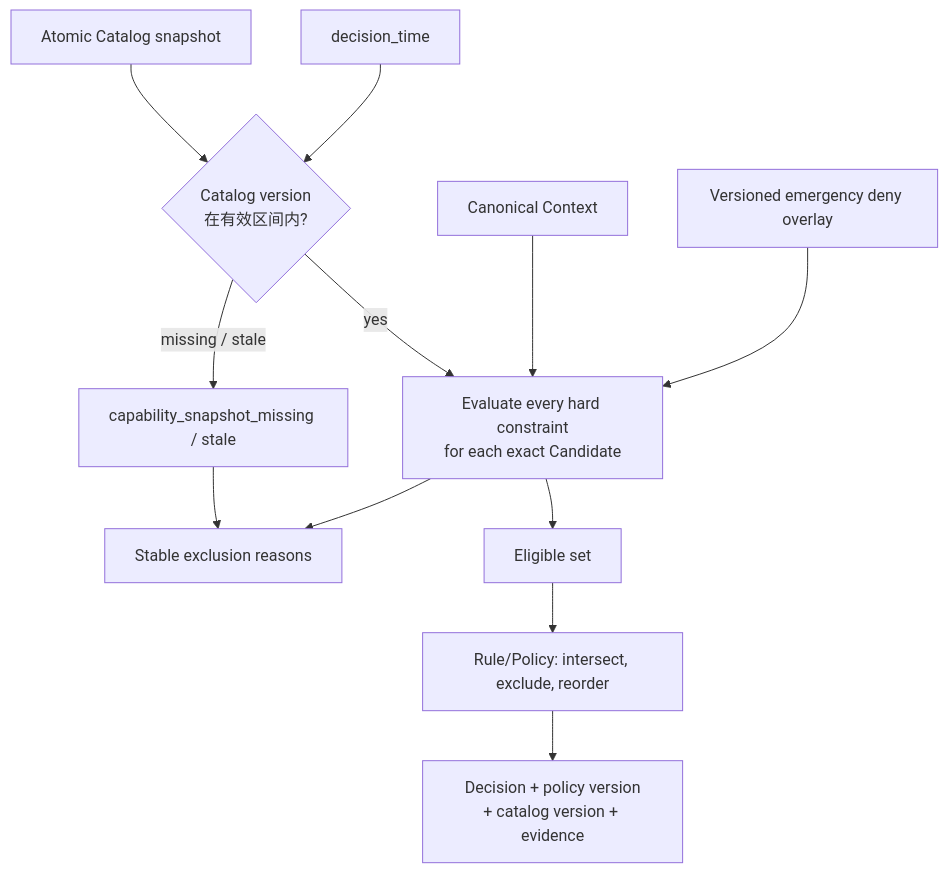
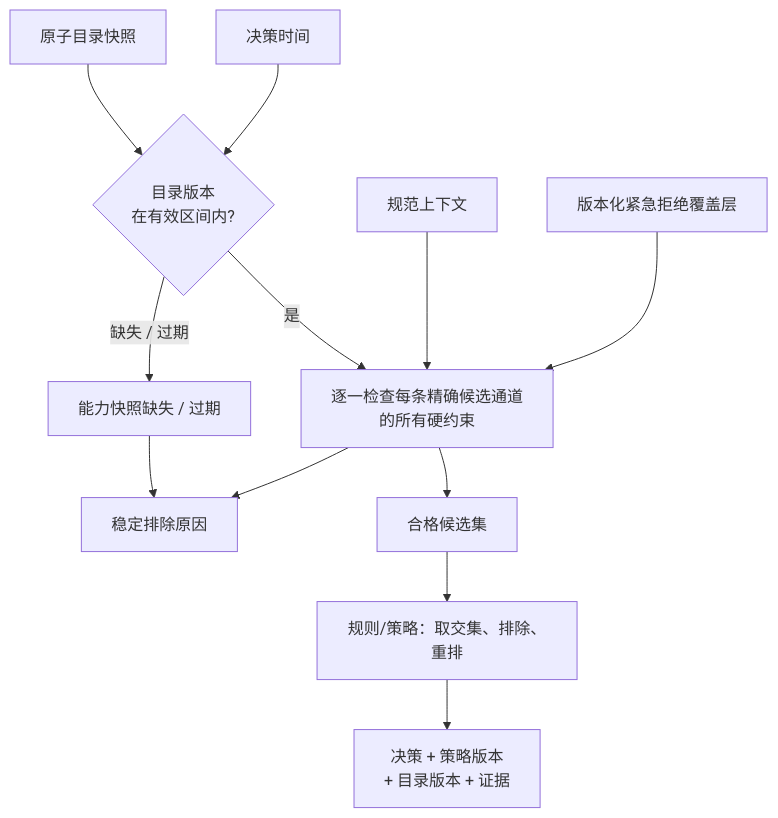
Before and after one commit to YouEclipse/Designing-Modern-Payment-Systems: the second of 4 diagrams in part-2-routing-engine/provider-eligibility.md, drawn with Mermaid. The commit also changed other lines of this file and 59 other files, not shown here.

````diff
--- a/part-2-routing-engine/provider-eligibility.md
+++ b/part-2-routing-engine/provider-eligibility.md
@@ -252,14 +252,14 @@
 ```mermaid
 flowchart TB
-    T["decision_time"] --> Fresh{"Catalog version<br/>在有效区间内?"}
-    Catalog["Atomic Catalog snapshot"] --> Fresh
-    Context["Canonical Context"] --> Check
-    Fresh -->|"yes"| Check["Evaluate every hard constraint<br/>for each exact Candidate"]
-    Fresh -->|"missing / stale"| Unknown["capability_snapshot_missing / stale"]
-    Disable["Versioned emergency deny overlay"] --> Check
-    Check --> Eligible["Eligible set"]
-    Check --> Reasons["Stable exclusion reasons"]
-    Eligible --> Rules["Rule/Policy: intersect, exclude, reorder"]
-    Rules --> Decision["Decision + policy version<br/>+ catalog version + evidence"]
+    T["决策时间"] --> Fresh{"目录版本<br/>在有效区间内?"}
+    Catalog["原子目录快照"] --> Fresh
+    Context["规范上下文"] --> Check
+    Fresh -->|"是"| Check["逐一检查每条精确候选通道<br/>的所有硬约束"]
+    Fresh -->|"缺失 / 过期"| Unknown["能力快照缺失 / 过期"]
+    Disable["版本化紧急拒绝覆盖层"] --> Check
+    Check --> Eligible["合格候选集"]
+    Check --> Reasons["稳定排除原因"]
+    Eligible --> Rules["规则/策略：取交集、排除、重排"]
+    Rules --> Decision["决策 + 策略版本<br/>+ 目录版本 + 证据"]
     Unknown --> Reasons
 ```
````
